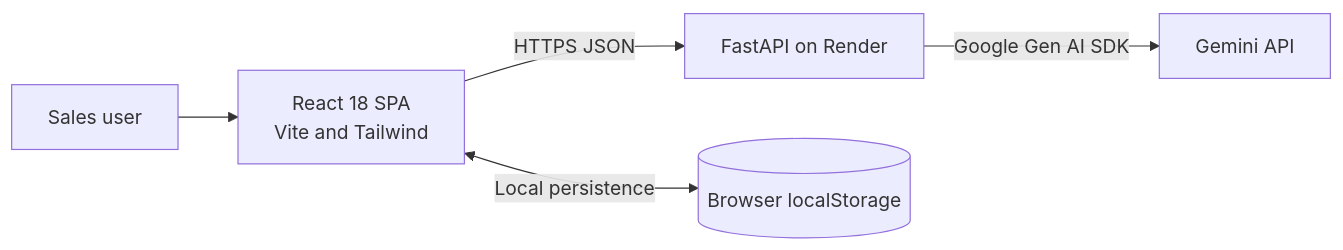
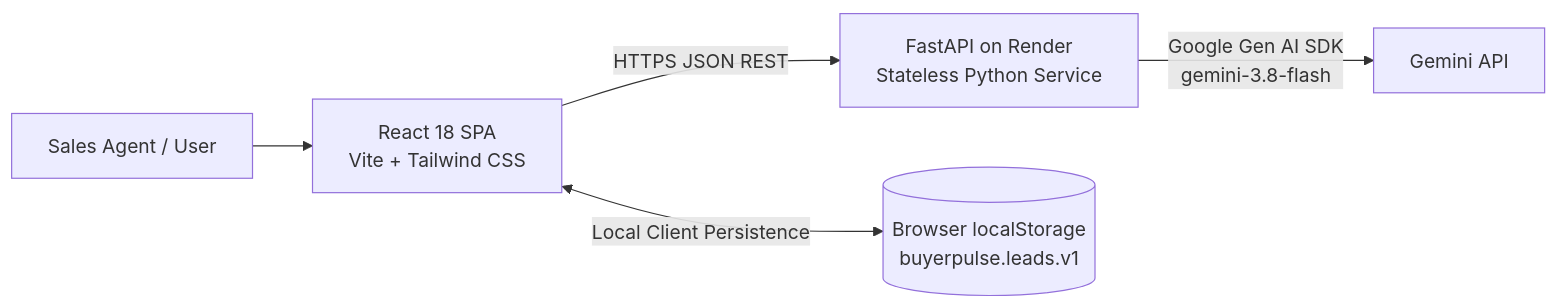
The diagram in README.md (anmoliot/BuyerPulse-AI), drawn with Mermaid before and after one commit. The commit also changed other lines of this file and 12 other files, not shown here.

````diff
--- a/README.md
+++ b/README.md
@@ -42,7 +58,7 @@
 ```mermaid
 flowchart LR
-  U[Sales user] --> F[React 18 SPA<br/>Vite and Tailwind]
-  F -->|HTTPS JSON| B[FastAPI on Render]
-  B -->|Google Gen AI SDK| G[Gemini API]
-  F <--> |Local persistence| L[(Browser localStorage)]
+  U[Sales Agent / User] --> F[React 18 SPA<br/>Vite + Tailwind CSS]
+  F -->|HTTPS JSON REST| B[FastAPI on Render<br/>Stateless Python Service]
+  B -->|Google Gen AI SDK<br/>gemini-3.8-flash| G[Gemini API]
+  F <-->|Local Client Persistence| L[(Browser localStorage<br/>buyerpulse.leads.v1)]
 ```
````
